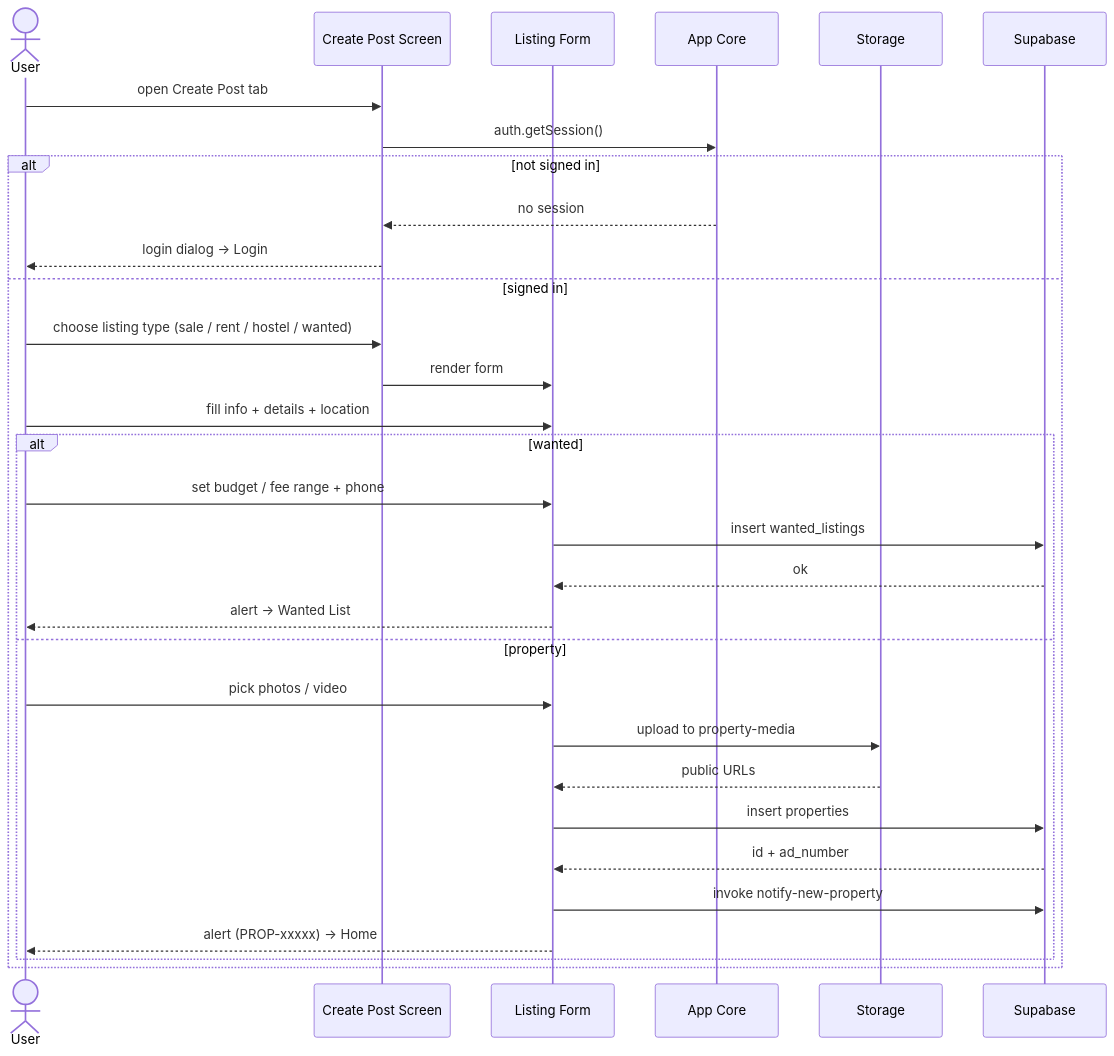
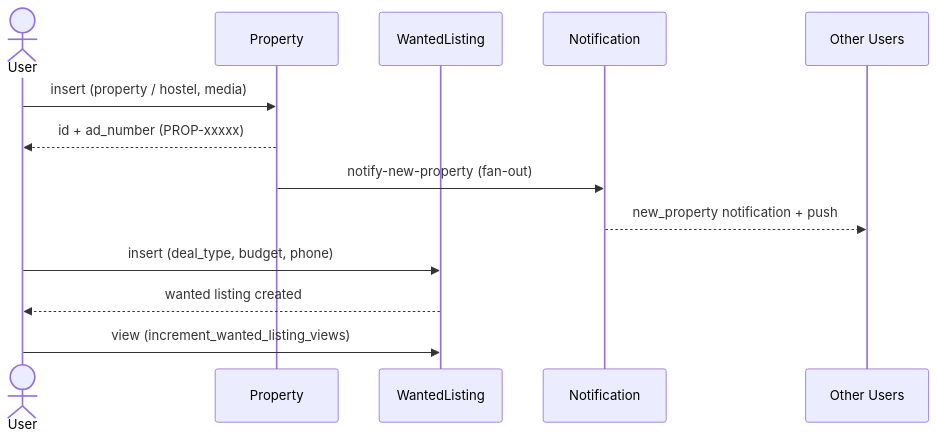
Before and after one commit to phyothant-dev/nestfinder: the diagram in docs/diagrams/sequence-create.mmd, drawn with Mermaid. The commit also changed 9 other files, not shown here.

Commit message:
Rewrite class diagram around DB tables and redraw sequence diagrams by use-case domain

```diff
--- a/docs/diagrams/sequence-create.mmd
+++ b/docs/diagrams/sequence-create.mmd
@@ -1,32 +1,14 @@
 sequenceDiagram
     actor User
-    participant CP as Create Post Screen
-    participant FM as Listing Form
-    participant CO as App Core
-    participant ST as Storage
-    participant SU as Supabase
+    participant P as Property
+    participant W as WantedListing
+    participant N as Notification
+    participant O as Other Users
 
-    User->>CP: open Create Post tab
-    CP->>CO: auth.getSession()
-    alt not signed in
-        CO-->>CP: no session
-        CP-->>User: login dialog → Login
-    else signed in
-        User->>CP: choose listing type (sale / rent / hostel / wanted)
-        CP->>FM: render form
-        User->>FM: fill info + details + location
-        alt wanted
-            User->>FM: set budget / fee range + phone
-            FM->>SU: insert wanted_listings
-            SU-->>FM: ok
-            FM-->>User: alert → Wanted List
-        else property
-            User->>FM: pick photos / video
-            FM->>ST: upload to property-media
-            ST-->>FM: public URLs
-            FM->>SU: insert properties
-            SU-->>FM: id + ad_number
-            FM->>SU: invoke notify-new-property
-            FM-->>User: alert (PROP-xxxxx) → Home
-        end
-    end
+    User->>P: insert (property / hostel, media)
+    P-->>User: id + ad_number (PROP-xxxxx)
+    P->>N: notify-new-property (fan-out)
+    N-->>O: new_property notification + push
+    User->>W: insert (deal_type, budget, phone)
+    W-->>User: wanted listing created
+    User->>W: view (increment_wanted_listing_views)
```
